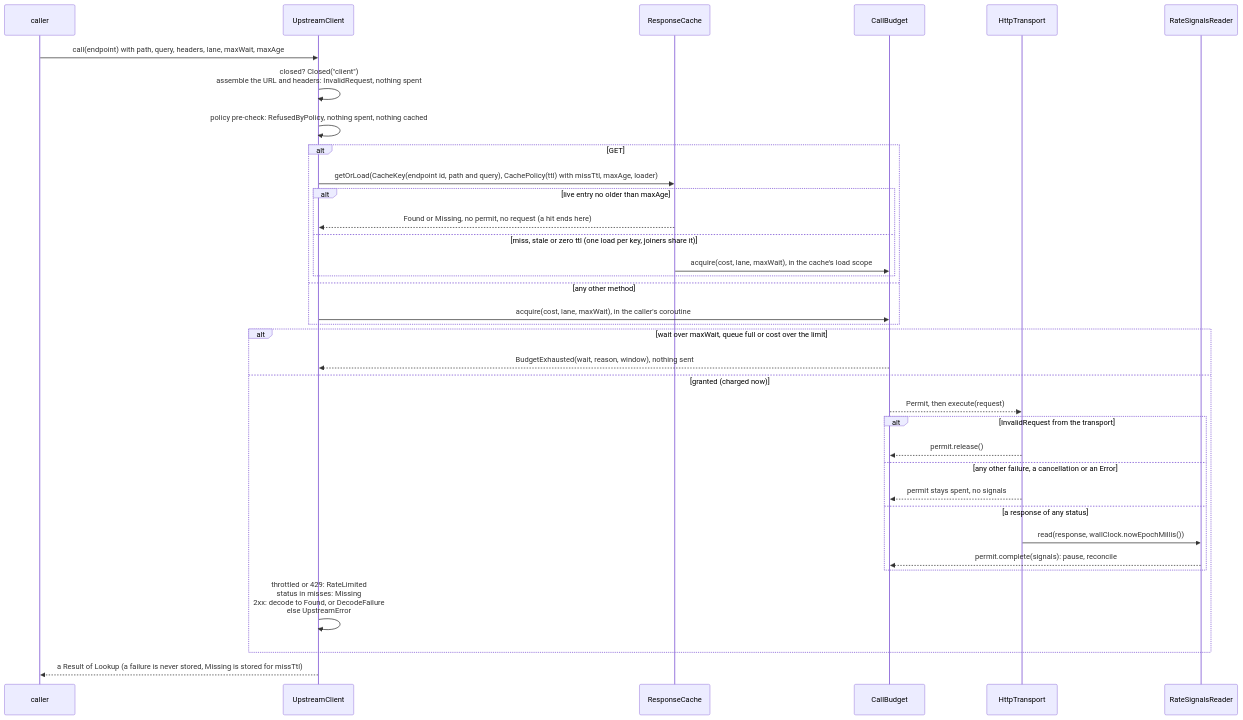
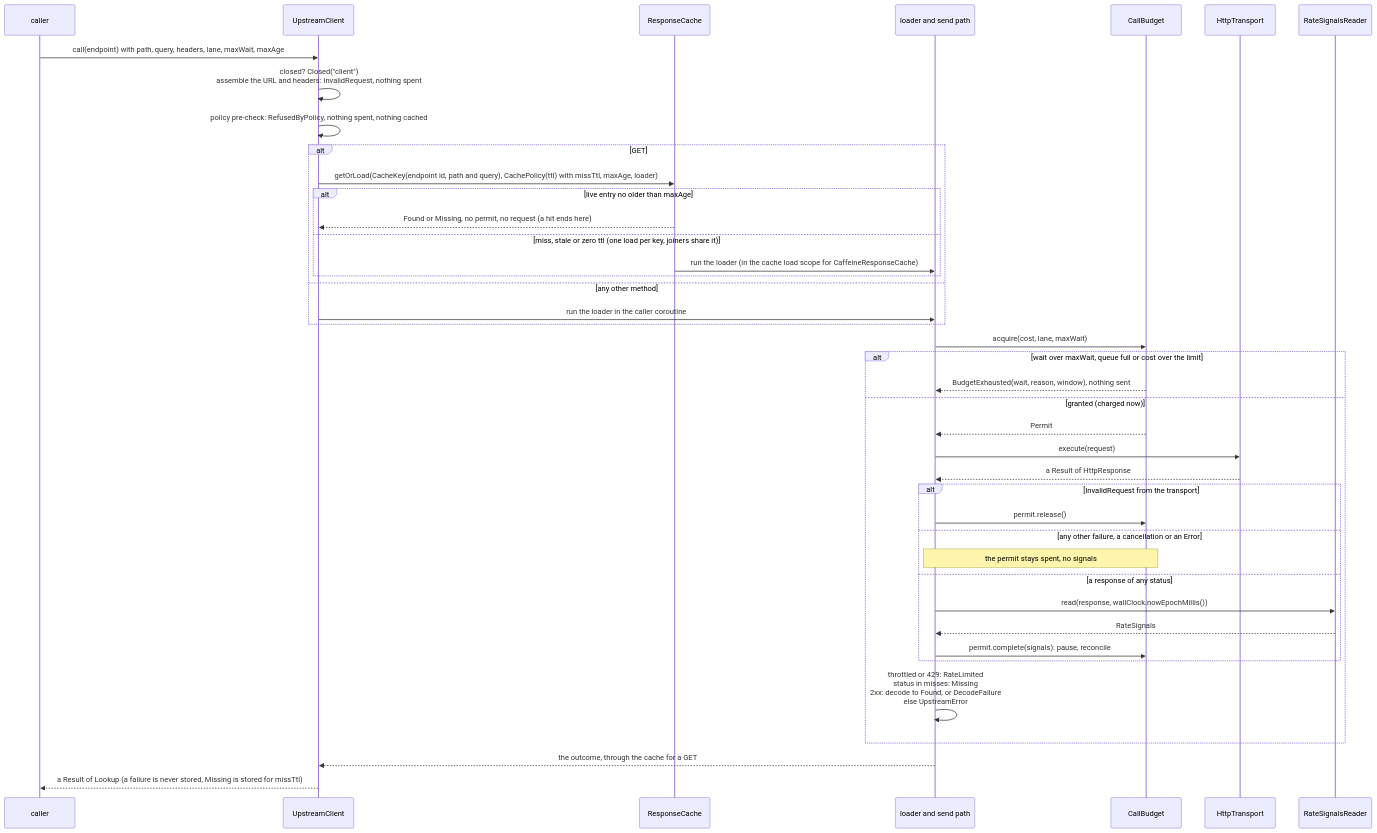
Before and after one commit to SpartanLaboratories/WebTools: the second of 4 diagrams in docs/webtools-http-architecture.md, drawn with Mermaid. The commit also changed other lines of this file and 3 other files, not shown here.

First line of the commit message:
docs: settle the URL policy wording in the architecture document (Issue #70)

````diff
--- a/docs/webtools-http-architecture.md
+++ b/docs/webtools-http-architecture.md
@@ -144,38 +159,44 @@
 ```mermaid
 sequenceDiagram
     participant C as caller
     participant UC as UpstreamClient
     participant RC as ResponseCache
+    participant L as loader and send path
     participant CB as CallBudget
     participant T as HttpTransport
     participant R as RateSignalsReader
 
     C->>UC: call(endpoint) with path, query, headers, lane, maxWait, maxAge
     UC->>UC: closed? Closed("client")<br/>assemble the URL and headers: InvalidRequest, nothing spent
     UC->>UC: policy pre-check: RefusedByPolicy, nothing spent, nothing cached
     alt GET
         UC->>RC: getOrLoad(CacheKey(endpoint id, path and query), CachePolicy(ttl) with missTtl, maxAge, loader)
         alt live entry no older than maxAge
             RC-->>UC: Found or Missing, no permit, no request (a hit ends here)
         else miss, stale or zero ttl (one load per key, joiners share it)
-            RC->>CB: acquire(cost, lane, maxWait), in the cache's load scope
+            RC->>L: run the loader (in the cache load scope for CaffeineResponseCache)
         end
     else any other method
-        UC->>CB: acquire(cost, lane, maxWait), in the caller's coroutine
+        UC->>L: run the loader in the caller coroutine
     end
+    L->>CB: acquire(cost, lane, maxWait)
     alt wait over maxWait, queue full or cost over the limit
-        CB-->>UC: BudgetExhausted(wait, reason, window), nothing sent
+        CB-->>L: BudgetExhausted(wait, reason, window), nothing sent
     else granted (charged now)
-        CB-->>T: Permit, then execute(request)
+        CB-->>L: Permit
+        L->>T: execute(request)
+        T-->>L: a Result of HttpResponse
         alt InvalidRequest from the transport
-            T-->>CB: permit.release()
+            L->>CB: permit.release()
         else any other failure, a cancellation or an Error
-            T-->>CB: permit stays spent, no signals
+            Note over L,CB: the permit stays spent, no signals
         else a response of any status
-            T->>R: read(response, wallClock.nowEpochMillis())
-            R-->>CB: permit.complete(signals): pause, reconcile
+            L->>R: read(response, wallClock.nowEpochMillis())
+            R-->>L: RateSignals
+            L->>CB: permit.complete(signals): pause, reconcile
         end
-        UC->>UC: throttled or 429: RateLimited<br/>status in misses: Missing<br/>2xx: decode to Found, or DecodeFailure<br/>else UpstreamError
+        L->>L: throttled or 429: RateLimited<br/>status in misses: Missing<br/>2xx: decode to Found, or DecodeFailure<br/>else UpstreamError
     end
+    L-->>UC: the outcome, through the cache for a GET
     UC-->>C: a Result of Lookup (a failure is never stored, Missing is stored for missTtl)
 ```
````
